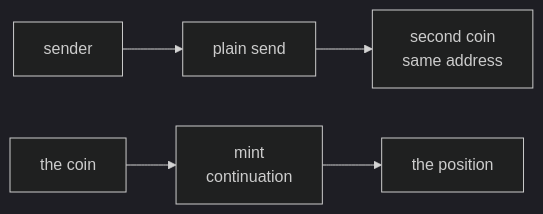
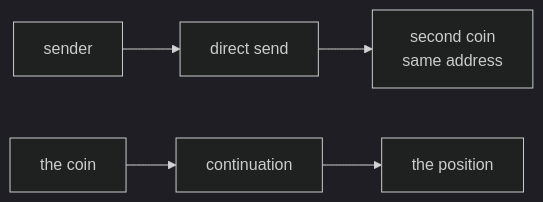
Before and after one commit to arkade-os/skills: the second of 4 diagrams in skills/covenant-viz/SKILL.md, drawn with Mermaid (dark theme). The commit also changed other lines of this file and 6 other files, not shown here.

First line of the commit message:
Use one name for the second coin and for a require. (#23)

````diff
--- a/skills/covenant-viz/SKILL.md
+++ b/skills/covenant-viz/SKILL.md
@@ -51,7 +52,7 @@
 ```mermaid
 flowchart LR
-  sender["sender"] --> plain["plain send"]
-  plain --> second["second coin<br/>same address"]
-  coin["the coin"] --> mint["mint<br/>continuation"]
-  mint --> position["the position"]
+  sender["sender"] --> sent["direct send"]
+  sent --> second["second coin<br/>same address"]
+  coin["the coin"] --> next["continuation"]
+  next --> position["the position"]
 ```
````
